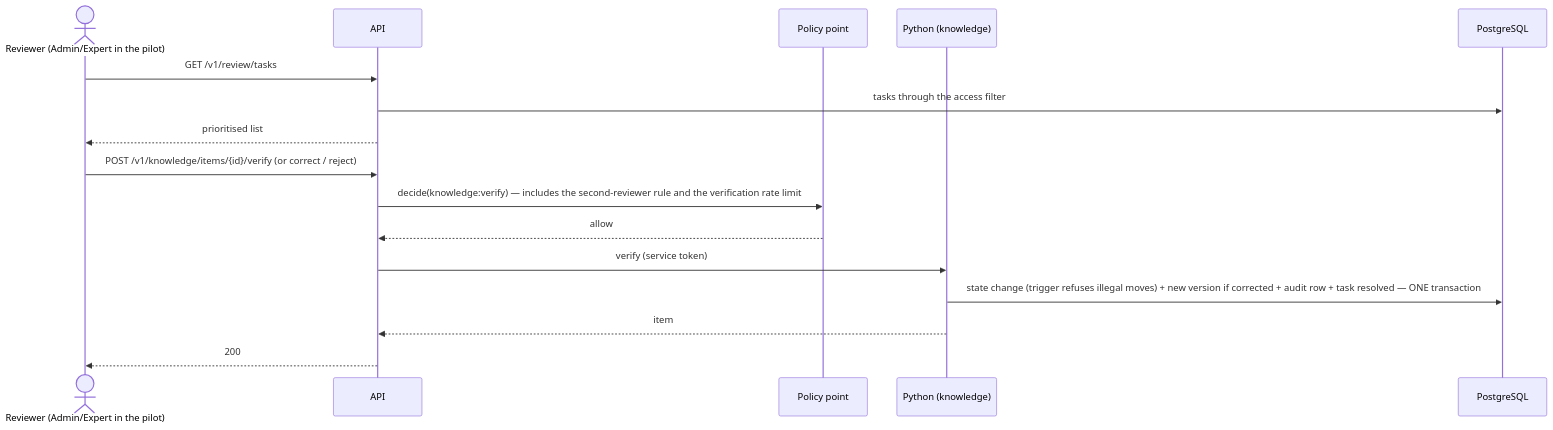
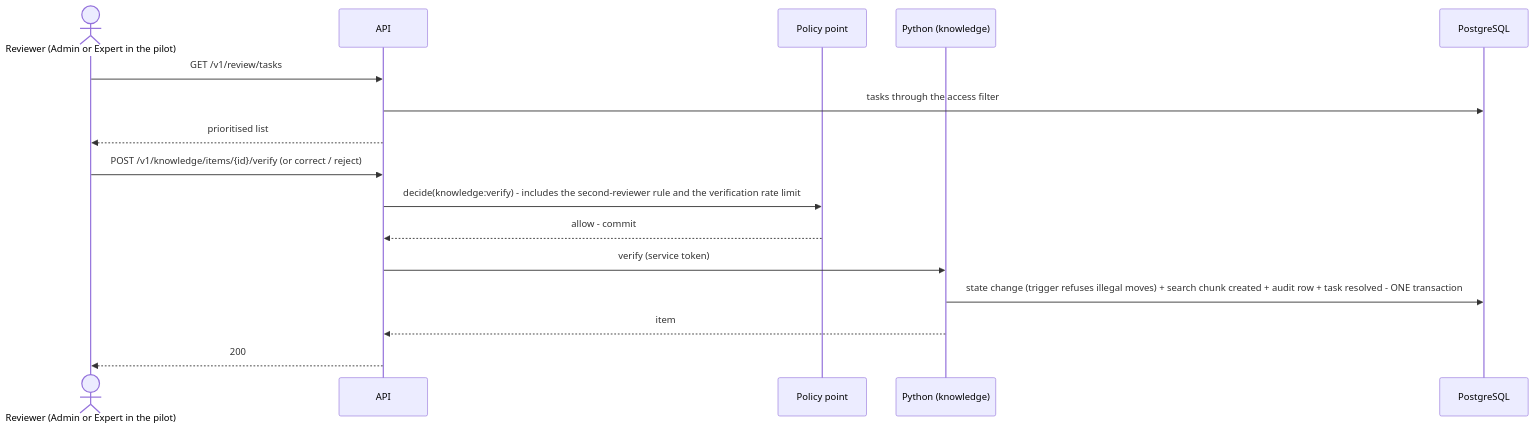
Before and after one commit to Rmasood1122/LegacyAI: the sixth of 6 diagrams in docs/phase2/01-architecture.md, drawn with Mermaid. The commit also changed other lines of this file and 11 other files, not shown here.

````diff
--- a/docs/phase2/01-architecture.md
+++ b/docs/phase2/01-architecture.md
@@ -266,18 +310,18 @@
 ```mermaid
 sequenceDiagram
-    actor R as Reviewer (Admin/Expert in the pilot)
+    actor R as Reviewer (Admin or Expert in the pilot)
     participant API as API
     participant PDP as Policy point
     participant PY as Python (knowledge)
     participant DB as PostgreSQL
     R->>API: GET /v1/review/tasks
     API->>DB: tasks through the access filter
     API-->>R: prioritised list
     R->>API: POST /v1/knowledge/items/{id}/verify (or correct / reject)
-    API->>PDP: decide(knowledge:verify) — includes the second-reviewer rule and the verification rate limit
-    PDP-->>API: allow
+    API->>PDP: decide(knowledge:verify) - includes the second-reviewer rule and the verification rate limit
+    PDP-->>API: allow - commit
     API->>PY: verify (service token)
-    PY->>DB: state change (trigger refuses illegal moves) + new version if corrected + audit row + task resolved — ONE transaction
+    PY->>DB: state change (trigger refuses illegal moves) + search chunk created + audit row + task resolved - ONE transaction
     PY-->>API: item
     API-->>R: 200
 ```
````
